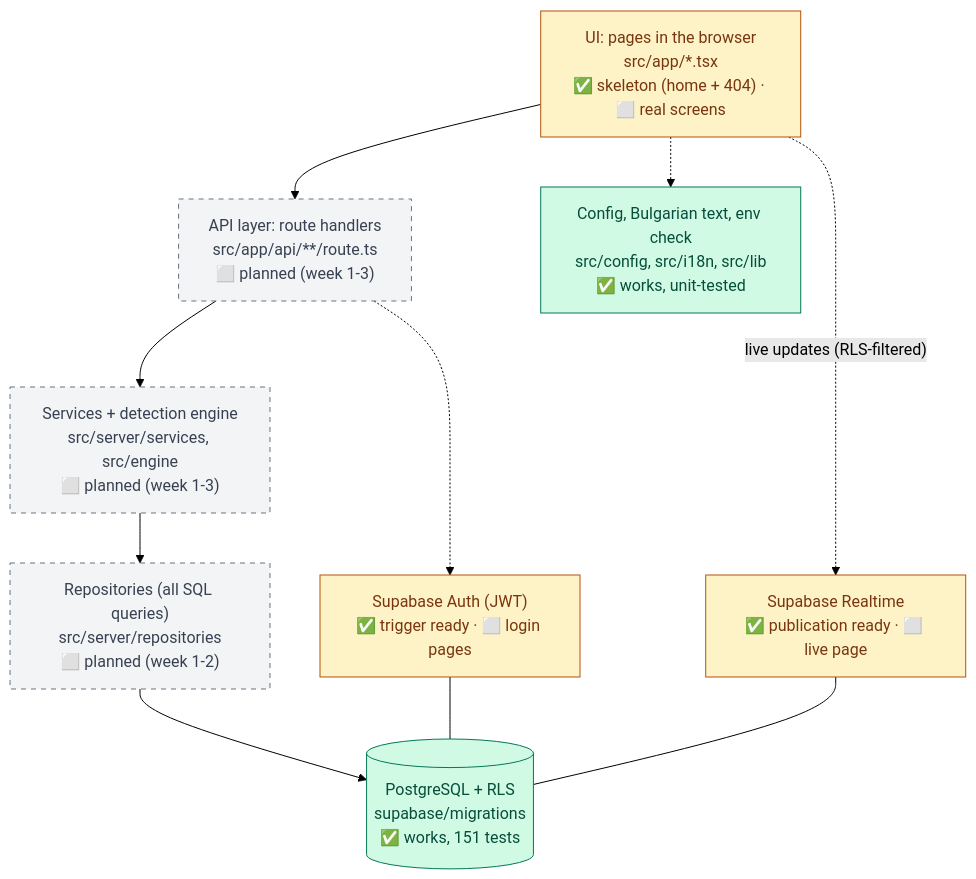
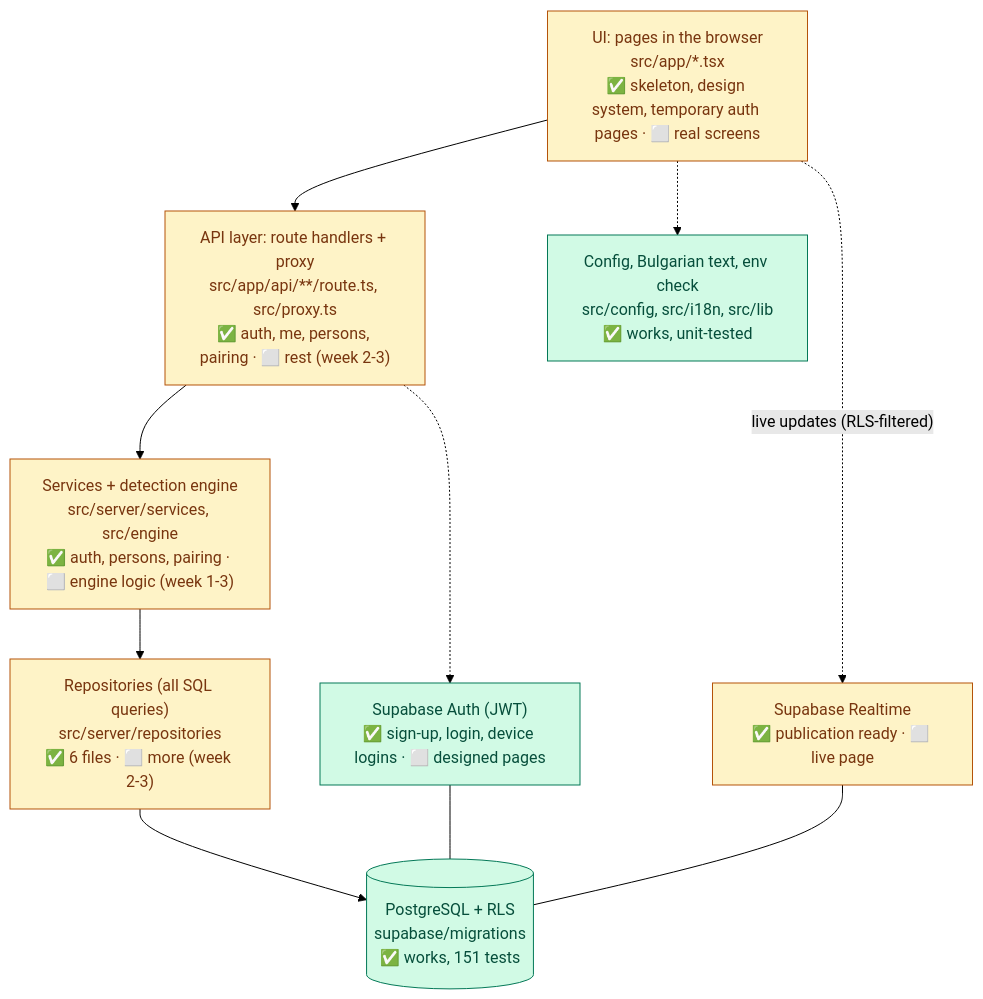
Before and after one commit to AVGe0rgiev23/Scamly: the diagram in docs/HOW_IT_WORKS.md, drawn with Mermaid (forest theme). The commit also changed other lines of this file and 4 other files, not shown here.

Commit message:
Add device revocation and pairing tests, document auth and pairing

````diff
--- a/docs/HOW_IT_WORKS.md
+++ b/docs/HOW_IT_WORKS.md
@@ -36,25 +36,24 @@
 ```mermaid
 flowchart TB
-  UI["UI: pages in the browser<br/>src/app/*.tsx<br/>✅ skeleton (home + 404) · ⬜ real screens"]
-  API["API layer: route handlers<br/>src/app/api/**/route.ts<br/>⬜ planned (week 1-3)"]
-  SVC["Services + detection engine<br/>src/server/services, src/engine<br/>⬜ planned (week 1-3)"]
-  REPO["Repositories (all SQL queries)<br/>src/server/repositories<br/>⬜ planned (week 1-2)"]
+  UI["UI: pages in the browser<br/>src/app/*.tsx<br/>✅ skeleton, design system, temporary auth pages · ⬜ real screens"]
+  API["API layer: route handlers + proxy<br/>src/app/api/**/route.ts, src/proxy.ts<br/>✅ auth, me, persons, pairing · ⬜ rest (week 2-3)"]
+  SVC["Services + detection engine<br/>src/server/services, src/engine<br/>✅ auth, persons, pairing · ⬜ engine logic (week 1-3)"]
+  REPO["Repositories (all SQL queries)<br/>src/server/repositories<br/>✅ 6 files · ⬜ more (week 2-3)"]
   PG[("PostgreSQL + RLS<br/>supabase/migrations<br/>✅ works, 151 tests")]
-  AUTH["Supabase Auth (JWT)<br/>✅ trigger ready · ⬜ login pages"]
+  AUTH["Supabase Auth (JWT)<br/>✅ sign-up, login, device logins · ⬜ designed pages"]
   RT["Supabase Realtime<br/>✅ publication ready · ⬜ live page"]
   CFG["Config, Bulgarian text, env check<br/>src/config, src/i18n, src/lib<br/>✅ works, unit-tested"]
 
   UI --> API --> SVC --> REPO --> PG
   UI -.-> CFG
   API -.-> AUTH
   AUTH --- PG
   RT --- PG
   UI -. "live updates (RLS-filtered)" .-> RT
 
   classDef done fill:#d1fae5,stroke:#047857,color:#064e3b
   classDef planned fill:#f3f4f6,stroke:#6b7280,stroke-dasharray:5 5,color:#374151
   classDef partly fill:#fef3c7,stroke:#b45309,color:#78350f
-  class PG,CFG done
-  class API,SVC,REPO planned
-  class UI,AUTH,RT partly
+  class PG,CFG,AUTH done
+  class UI,API,SVC,REPO,RT partly
 ```
````
